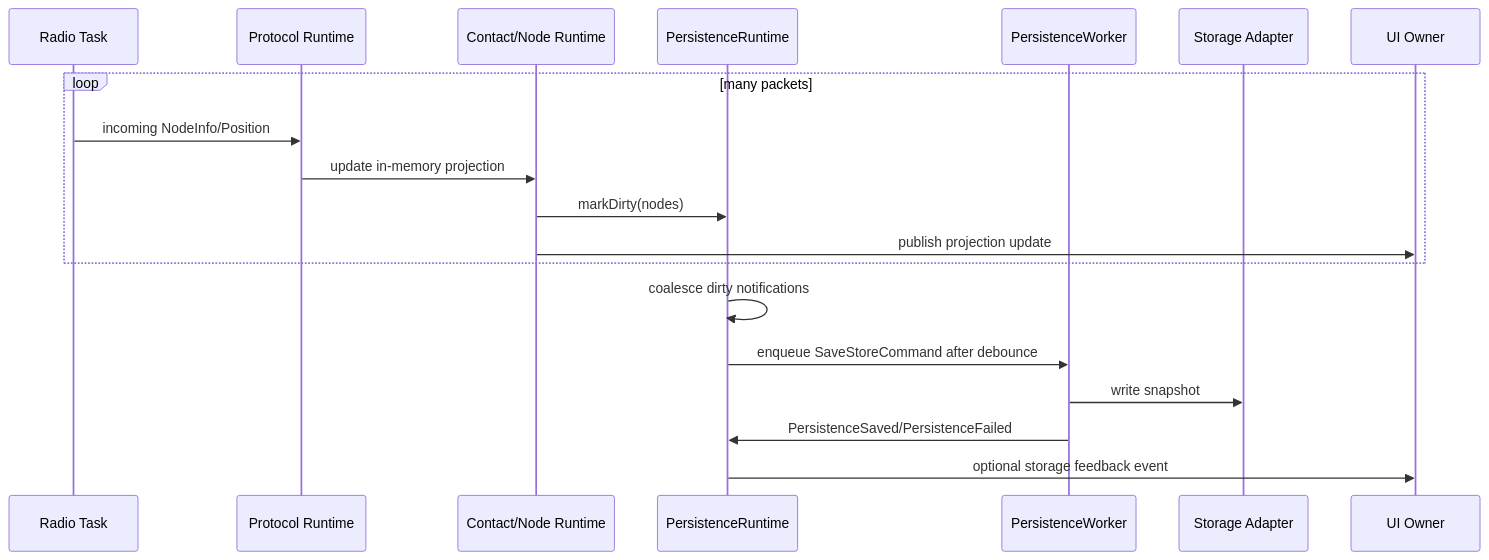
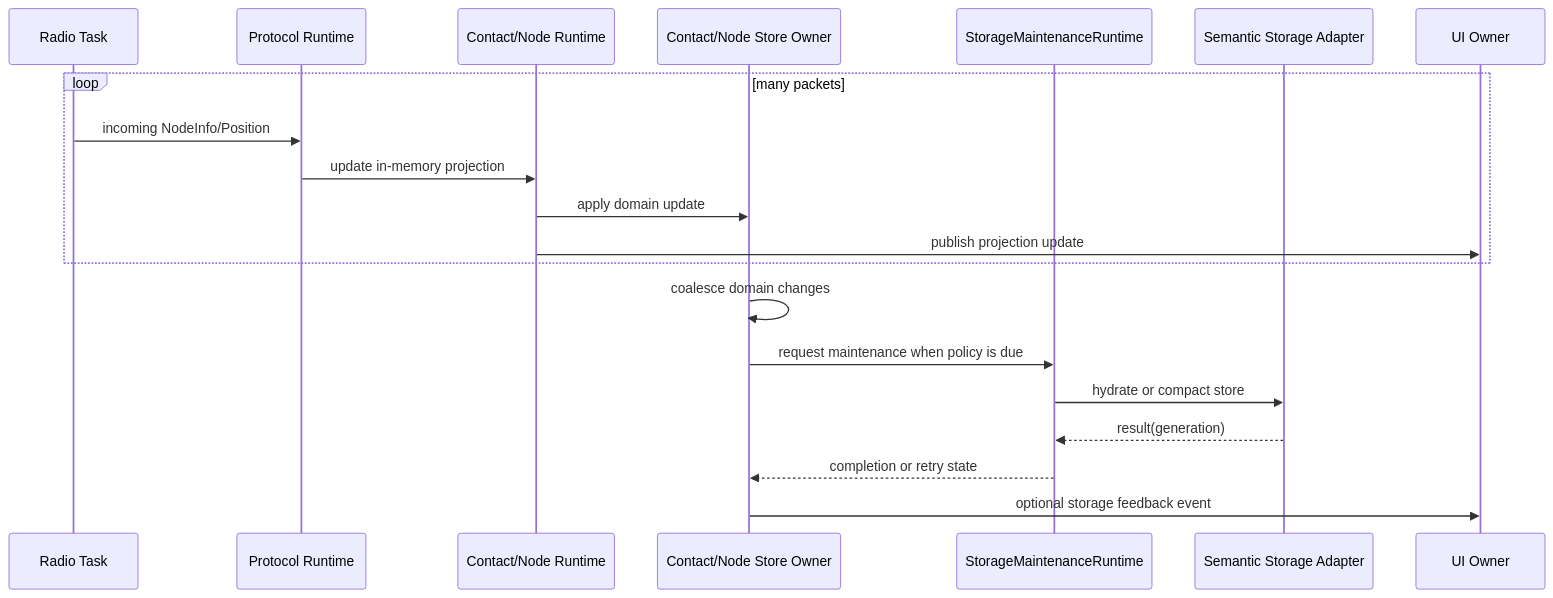
One commit to manmuqingshan/trail-mate changed diagram 17 of 23 in docs/specification/UI_STORAGE_EVENT_RUNTIME_DESIGN_SPEC.md. Above: the diagram before and after it, drawn with Mermaid. The commit also changed other lines of this file and 77 other files, not shown here.

Commit message:
refactor: consolidate storage maintenance ownership

````diff
--- a/docs/specification/UI_STORAGE_EVENT_RUNTIME_DESIGN_SPEC.md
+++ b/docs/specification/UI_STORAGE_EVENT_RUNTIME_DESIGN_SPEC.md
@@ -1026,22 +1051,23 @@
 ```mermaid
 sequenceDiagram
   participant Radio as Radio Task
   participant Runtime as Protocol Runtime
   participant Contacts as Contact/Node Runtime
-  participant Persist as PersistenceRuntime
-  participant Worker as PersistenceWorker
-  participant Store as Storage Adapter
+  participant StoreOwner as Contact/Node Store Owner
+  participant Maintenance as StorageMaintenanceRuntime
+  participant Adapter as Semantic Storage Adapter
   participant UI as UI Owner
 
   loop many packets
     Radio->>Runtime: incoming NodeInfo/Position
     Runtime->>Contacts: update in-memory projection
-    Contacts->>Persist: markDirty(nodes)
+    Contacts->>StoreOwner: apply domain update
     Contacts->>UI: publish projection update
   end
-  Persist->>Persist: coalesce dirty notifications
-  Persist->>Worker: enqueue SaveStoreCommand after debounce
-  Worker->>Store: write snapshot
-  Worker->>Persist: PersistenceSaved/PersistenceFailed
-  Persist->>UI: optional storage feedback event
+  StoreOwner->>StoreOwner: coalesce domain changes
+  StoreOwner->>Maintenance: request maintenance when policy is due
+  Maintenance->>Adapter: hydrate or compact store
+  Adapter-->>Maintenance: result(generation)
+  Maintenance-->>StoreOwner: completion or retry state
+  StoreOwner->>UI: optional storage feedback event
 ```
````
